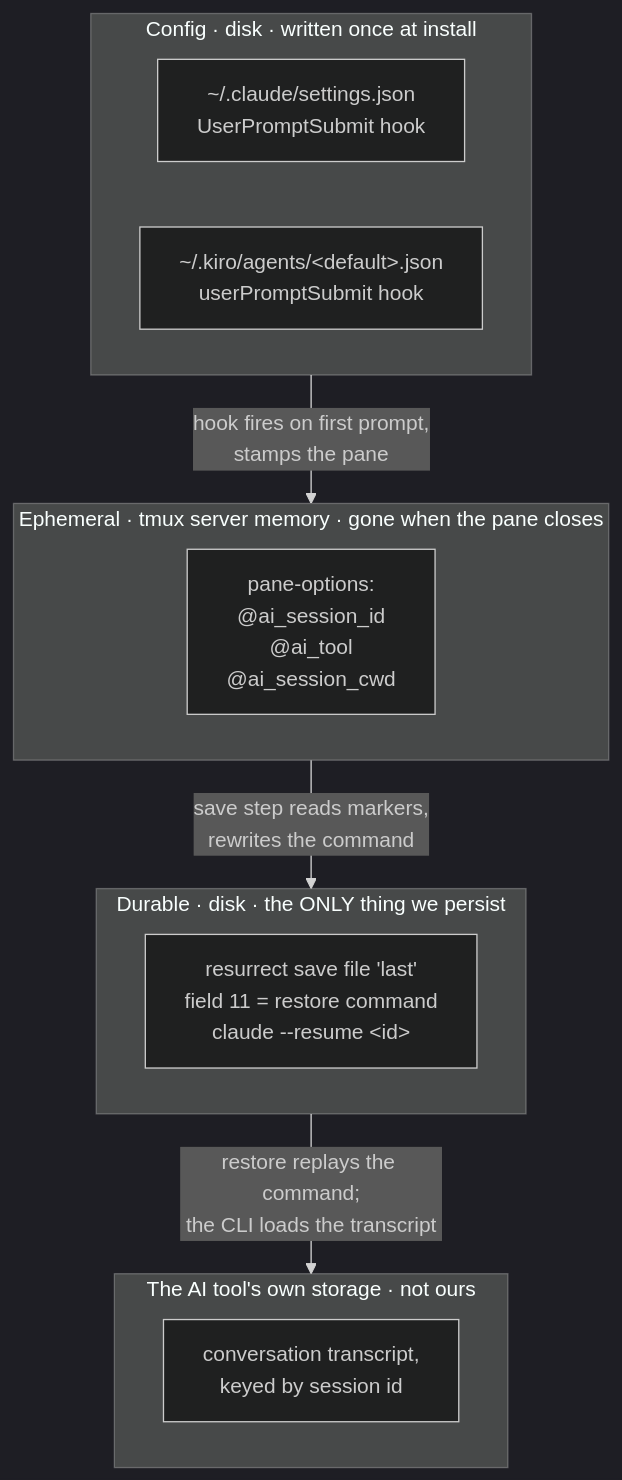
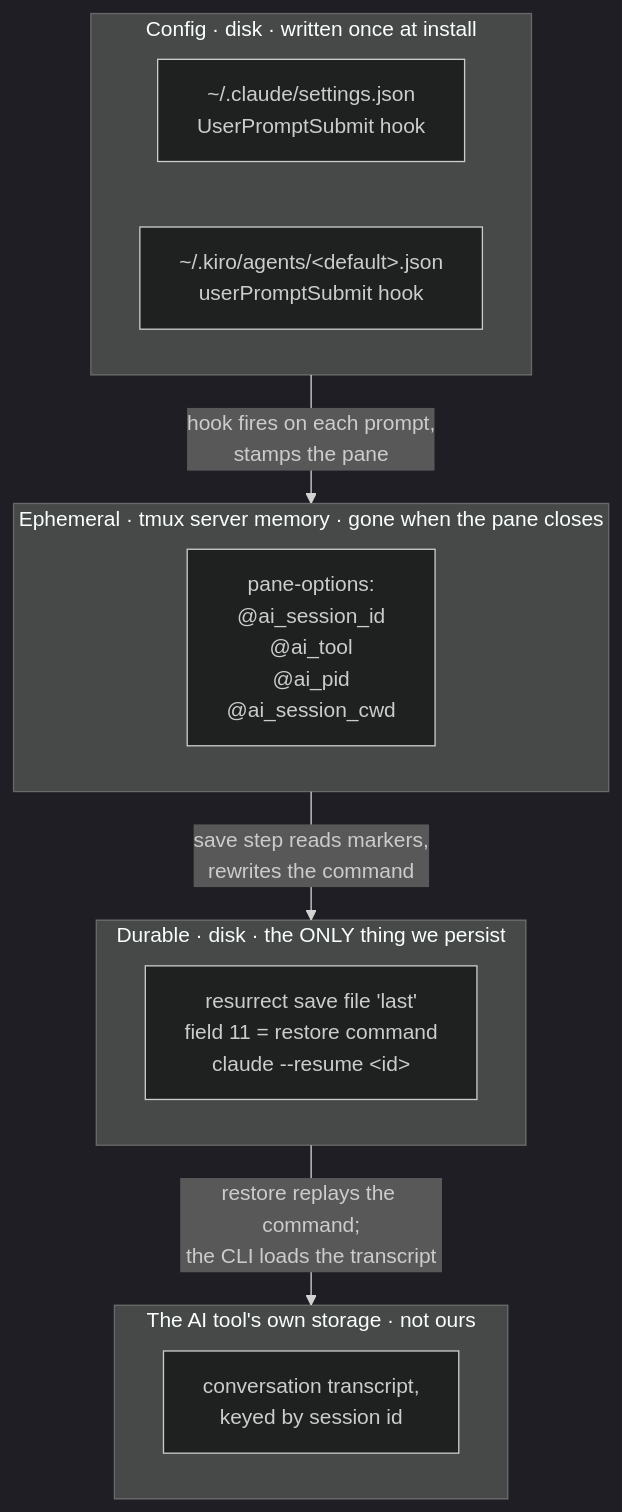
The third of 3 diagrams in README.md (harnessed-ai/tmux-ai-sessions-restore), drawn with Mermaid (dark theme) before and after one commit. The commit also changed other lines of this file and 14 other files, not shown here.

````diff
--- a/README.md
+++ b/README.md
@@ -207,19 +236,19 @@
 ```mermaid
 flowchart TB
     subgraph cfg["Config · disk · written once at install"]
         c1["~/.claude/settings.json<br/>UserPromptSubmit hook"]
         c2["~/.kiro/agents/&lt;default&gt;.json<br/>userPromptSubmit hook"]
     end
     subgraph eph["Ephemeral · tmux server memory · gone when the pane closes"]
-        e1["pane-options:<br/>@ai_session_id<br/>@ai_tool<br/>@ai_session_cwd"]
+        e1["pane-options:<br/>@ai_session_id<br/>@ai_tool<br/>@ai_pid<br/>@ai_session_cwd"]
     end
     subgraph dur["Durable · disk · the ONLY thing we persist"]
         d1["resurrect save file 'last'<br/>field 11 = restore command<br/>claude --resume &lt;id&gt;"]
     end
     subgraph ext["The AI tool's own storage · not ours"]
         x1["conversation transcript,<br/>keyed by session id"]
     end
-    cfg -->|"hook fires on first prompt,<br/>stamps the pane"| eph
+    cfg -->|"hook fires on each prompt,<br/>stamps the pane"| eph
     eph -->|"save step reads markers,<br/>rewrites the command"| dur
     dur -->|"restore replays the command;<br/>the CLI loads the transcript"| ext
 ```
````
